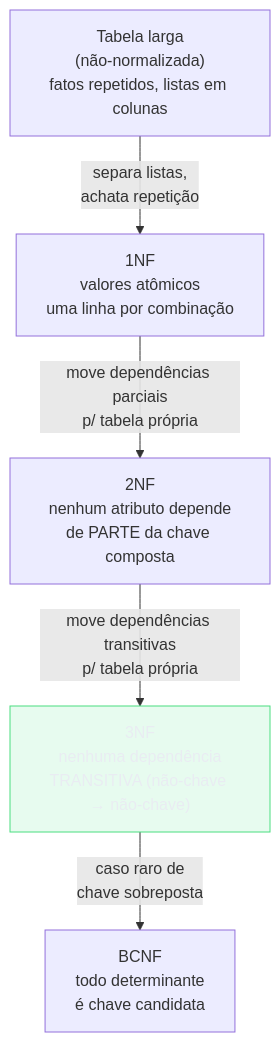
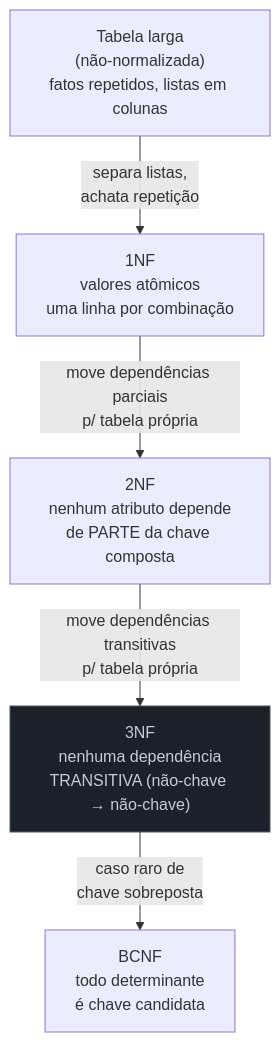
One commit to josenaldo/codex-technomanticus changed the first of 6 diagrams in 03-Dominios/Ciência/Banco de Dados/04 - Modelagem e normalização.md. Above: the diagram before and after it, drawn with Mermaid. The commit also changed other lines of this file and 601 other files, not shown here.

````diff
--- a/03-Dominios/Ciência/Banco de Dados/04 - Modelagem e normalização.md
+++ b/03-Dominios/Ciência/Banco de Dados/04 - Modelagem e normalização.md
@@ -57,16 +57,16 @@
 ```mermaid
 flowchart TD
-    classDef ok fill:#4ADE8021,stroke:#4ADE80,color:#E9ECF2
+    classDef neutro fill:#1B2029,stroke:#4E5666,color:#C6CCD8
     NF0["Tabela larga<br/>(não-normalizada)<br/>fatos repetidos, listas em colunas"]
     NF1["1NF<br/>valores atômicos<br/>uma linha por combinação"]
     NF2["2NF<br/>nenhum atributo depende<br/>de PARTE da chave composta"]
     NF3["3NF<br/>nenhuma dependência<br/>TRANSITIVA (não-chave → não-chave)"]
     BCNF["BCNF<br/>todo determinante<br/>é chave candidata"]
 
     NF0 -->|"separa listas,<br/>achata repetição"| NF1
     NF1 -->|"move dependências parciais<br/>p/ tabela própria"| NF2
     NF2 -->|"move dependências transitivas<br/>p/ tabela própria"| NF3
     NF3 -->|"caso raro de<br/>chave sobreposta"| BCNF
 
-    class NF3 ok
+    class NF3 neutro
 ```
````
